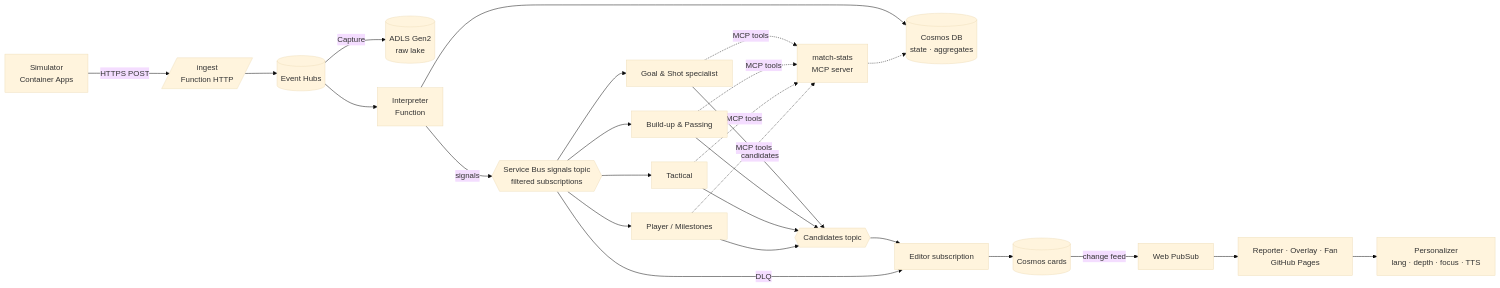
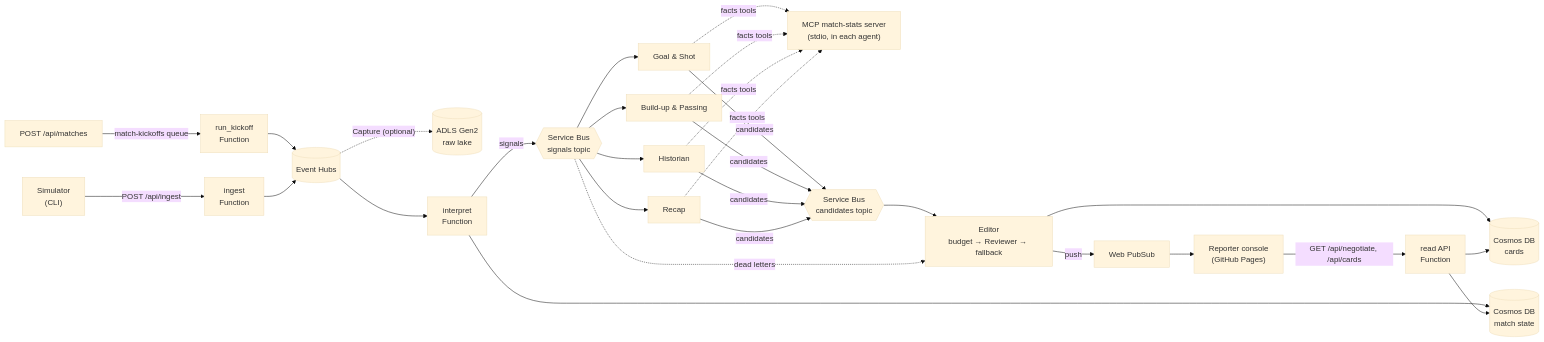
The diagram in DOCS/architecture.md (Thiago-whatever/calacat-narrator), drawn with Mermaid (base theme) before and after one commit. The commit also changed other lines of this file and 13 other files, not shown here.

````diff
--- a/DOCS/architecture.md
+++ b/DOCS/architecture.md
@@ -5,24 +5,20 @@
 ```mermaid
 flowchart LR
-  SIM[Simulator<br/>Container Apps] -->|HTTPS POST| ING[/ingest<br/>Function HTTP/]
-  ING --> EH[(Event Hubs)]
-  EH -->|Capture| LAKE[(ADLS Gen2<br/>raw lake)]
-  EH --> INT[Interpreter<br/>Function]
-  INT --> COS[(Cosmos DB<br/>state · aggregates)]
-  INT -->|signals| SB{{Service Bus signals topic<br/>filtered subscriptions}}
-  SB --> A1[Goal & Shot specialist]
-  SB --> A2[Build-up & Passing]
-  SB --> A3[Tactical]
-  SB --> A4[Player / Milestones]
-  A1 & A2 & A3 & A4 -.MCP tools.-> MCP[match-stats<br/>MCP server] -.-> COS
-  A1 -->|candidates| CT{{Candidates topic}}
-  CT --> ED[Editor subscription]
-  A2[Build-up & Passing] --> CT
-  A3[Tactical] --> CT
-  A4[Player / Milestones] --> CT
-  SB -->|DLQ| ED
-  ED --> CARDS[(Cosmos cards)]
-  CARDS -->|change feed| PUB[Web PubSub]
-  PUB --> UI[Reporter · Overlay · Fan<br/>GitHub Pages]
-  UI --> PER[Personalizer<br/>lang · depth · focus · TTS]
+  SIM["Simulator<br/>(CLI)"] -->|"POST /api/ingest"| ING["ingest<br/>Function"]
+  KICK["POST /api/matches"] -->|"match-kickoffs queue"| RUN["run_kickoff<br/>Function"] --> EH
+  ING --> EH[("Event Hubs")]
+  EH -.->|"Capture (optional)"| LAKE[("ADLS Gen2<br/>raw lake")]
+  EH --> INT["interpret<br/>Function"]
+  INT --> STATE[("Cosmos DB<br/>match state")]
+  INT -->|"signals"| SB{{"Service Bus<br/>signals topic"}}
+  SB --> GS["Goal & Shot"] & BP["Build-up & Passing"] & HI["Historian"] & RC["Recap"]
+  GS & BP & HI & RC -.->|"facts tools"| MCP["MCP match-stats server<br/>(stdio, in each agent)"]
+  GS & BP & HI & RC -->|"candidates"| CT{{"Service Bus<br/>candidates topic"}}
+  CT --> ED["Editor<br/>budget → Reviewer → fallback"]
+  SB -.->|"dead letters"| ED
+  ED --> CARDS[("Cosmos DB<br/>cards")]
+  ED -->|"push"| WPS["Web PubSub"]
+  WPS --> UI["Reporter console<br/>(GitHub Pages)"]
+  UI -->|"GET /api/negotiate, /api/cards"| API["read API<br/>Function"]
+  API --> CARDS & STATE
 ```
````
